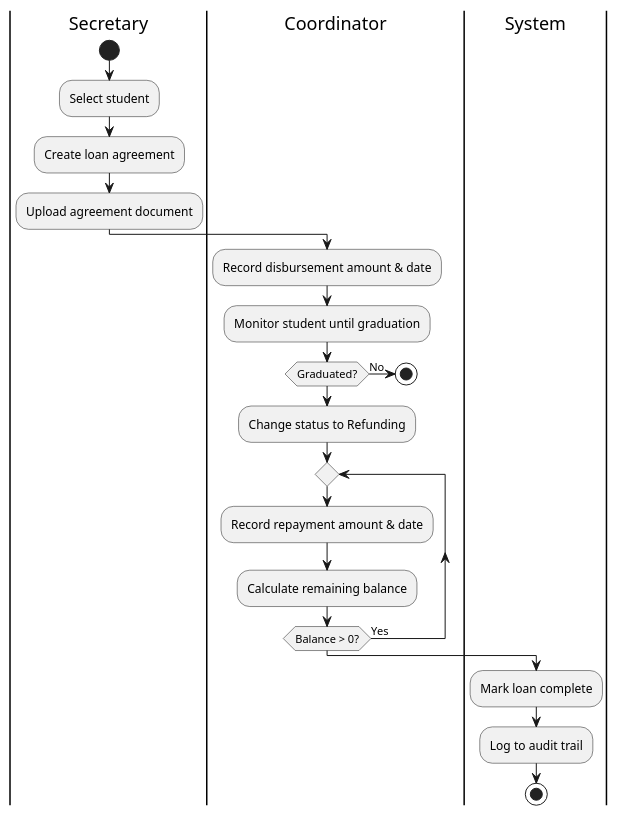
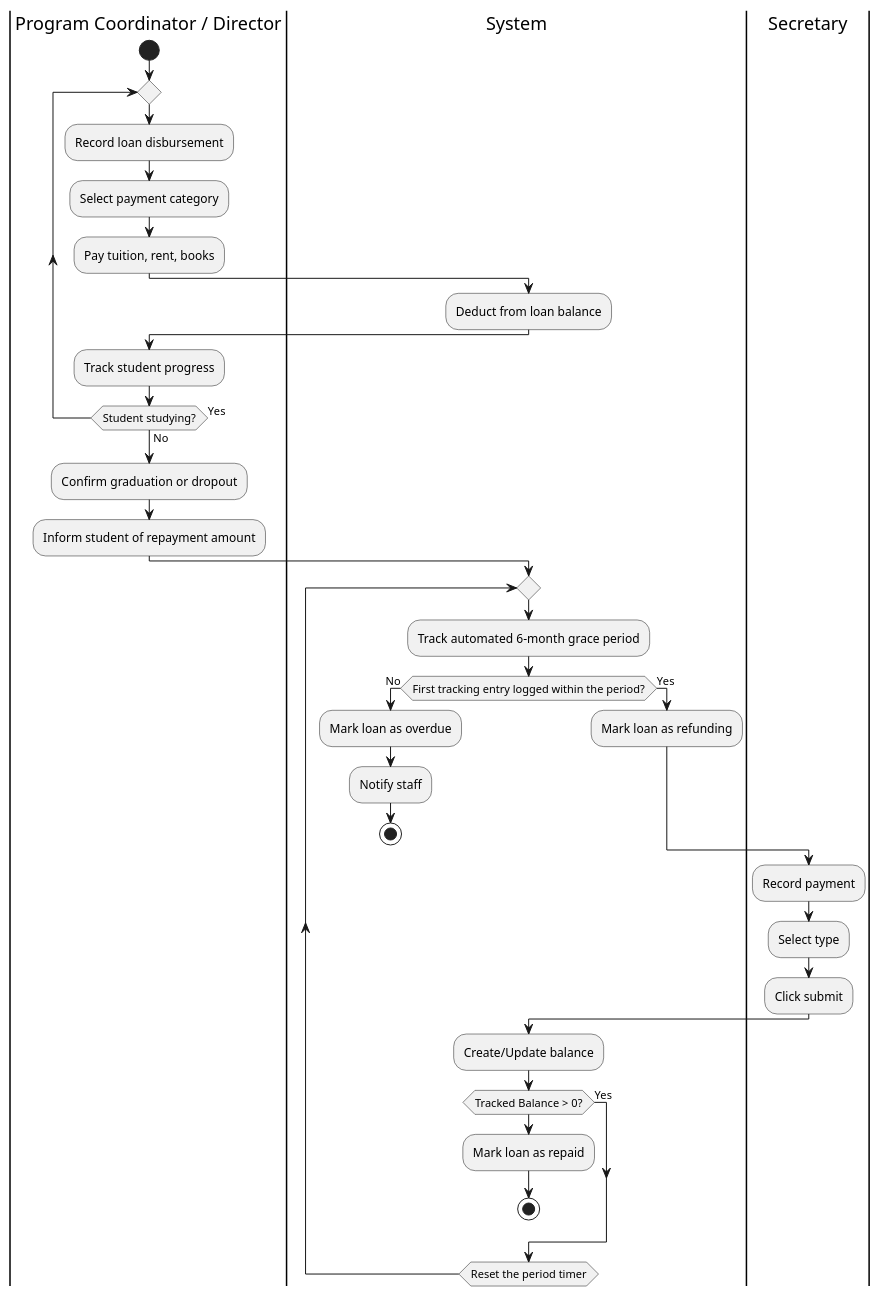
The diagram in activity-diagram/workflow_loan.puml (TainYanTun/BHSMS-Architectural-Blueprint), drawn with PlantUML before and after one commit. The commit also changed 21 other files, not shown here.

First line of the commit message:
feat: add email gateway broadcast, sync ERD, update workflow diagrams

```diff
--- a/activity-diagram/workflow_loan.puml
+++ b/activity-diagram/workflow_loan.puml
@@ -1,25 +1,46 @@
 @startuml
+skinparam conditionStyle inside
+
+|Program Coordinator / Director|
+start
+repeat
+  :Record loan disbursement;
+  :Select payment category;
+  :Pay tuition, rent, books;
+|System|
+  :Deduct from loan balance;
+|Program Coordinator / Director|
+  :Track student progress;
+repeat while (Student studying?) is (Yes) not (No)
+
+:Confirm graduation or dropout;
+:Inform student of repayment amount;
+
+|System|
+repeat
+:Track automated 6-month grace period;
+
+if (First tracking entry logged within the period?) then (No)
+  :Mark loan as overdue;
+  :Notify staff;
+  stop
+else (Yes)
+  :Mark loan as refunding;
+endif
+
 |Secretary|
-start
-:Select student;
-:Create loan agreement;
-:Upload agreement document;
+:Record payment;
+:Select type;
+:Click submit;
 
-|Coordinator|
-:Record disbursement amount & date;
-:Monitor student until graduation;
-if (Graduated?) then (No)
+
+|System|
+:Create/Update balance;
+if (Tracked Balance > 0?) then (Yes)
+  else
+  |System|
+  :Mark loan as repaid;
   stop
 endif
-:Change status to Refunding;
-
-repeat
-  :Record repayment amount & date;
-  :Calculate remaining balance;
-repeat while (Balance > 0?) is (Yes)
-
-|System|
-:Mark loan complete;
-:Log to audit trail;
-stop
+repeat while (Reset the period timer)
 @enduml
```
